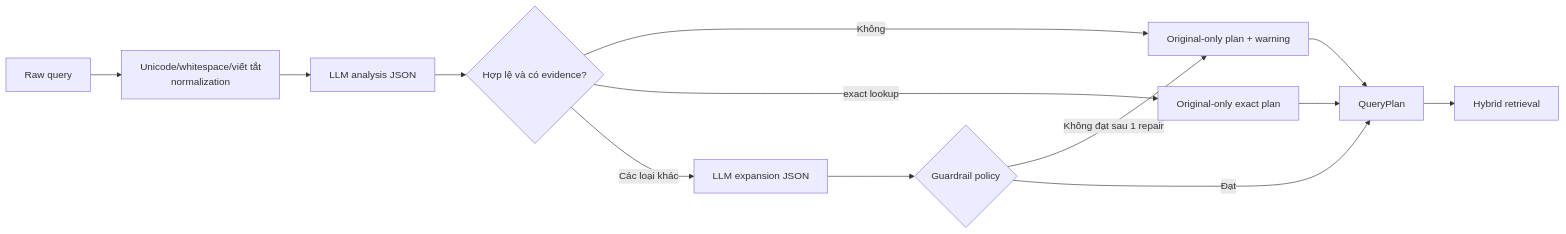
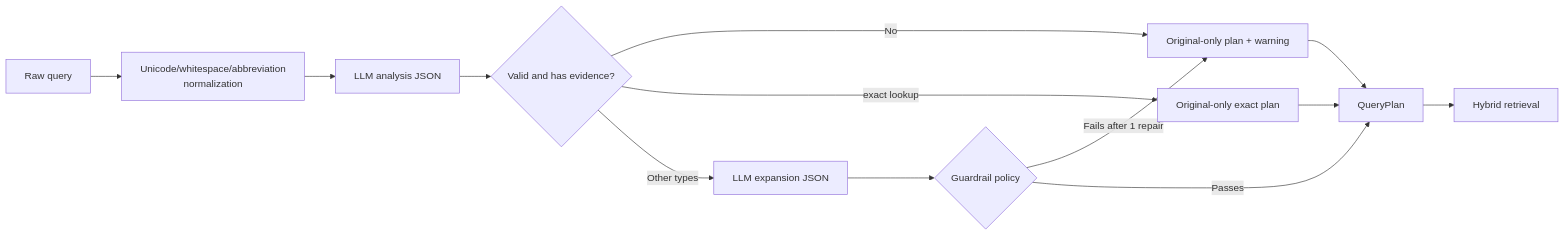
One commit to dtbackjisu209/sme-legal-assistant changed the second of 3 diagrams in README.md. Above: the diagram before and after it, drawn with Mermaid. The commit also changed other lines of this file, not shown here.

````diff
--- a/README.md
+++ b/README.md
@@ -197,15 +197,15 @@
 ```mermaid
 flowchart LR
-    Q[Raw query] --> N[Unicode/whitespace/viết tắt\nnormalization]
+    Q[Raw query] --> N[Unicode/whitespace/abbreviation\nnormalization]
     N --> A[LLM analysis JSON]
-    A --> V{Hợp lệ và có evidence?}
-    V -- Không --> O[Original-only plan + warning]
+    A --> V{Valid and has evidence?}
+    V -- No --> O[Original-only plan + warning]
     V -- exact lookup --> E[Original-only exact plan]
-    V -- Các loại khác --> X[LLM expansion JSON]
+    V -- Other types --> X[LLM expansion JSON]
     X --> G{Guardrail policy}
-    G -- Không đạt sau 1 repair --> O
-    G -- Đạt --> P[QueryPlan]
+    G -- Fails after 1 repair --> O
+    G -- Passes --> P[QueryPlan]
     E --> P
     O --> P
     P --> R[Hybrid retrieval]
 ```
````
